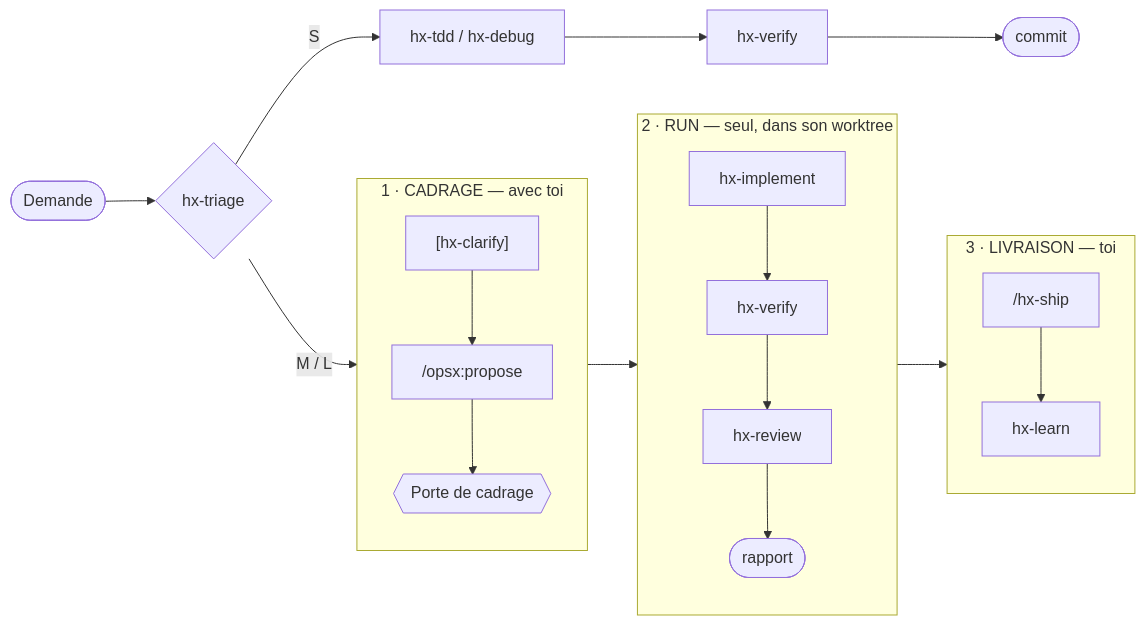
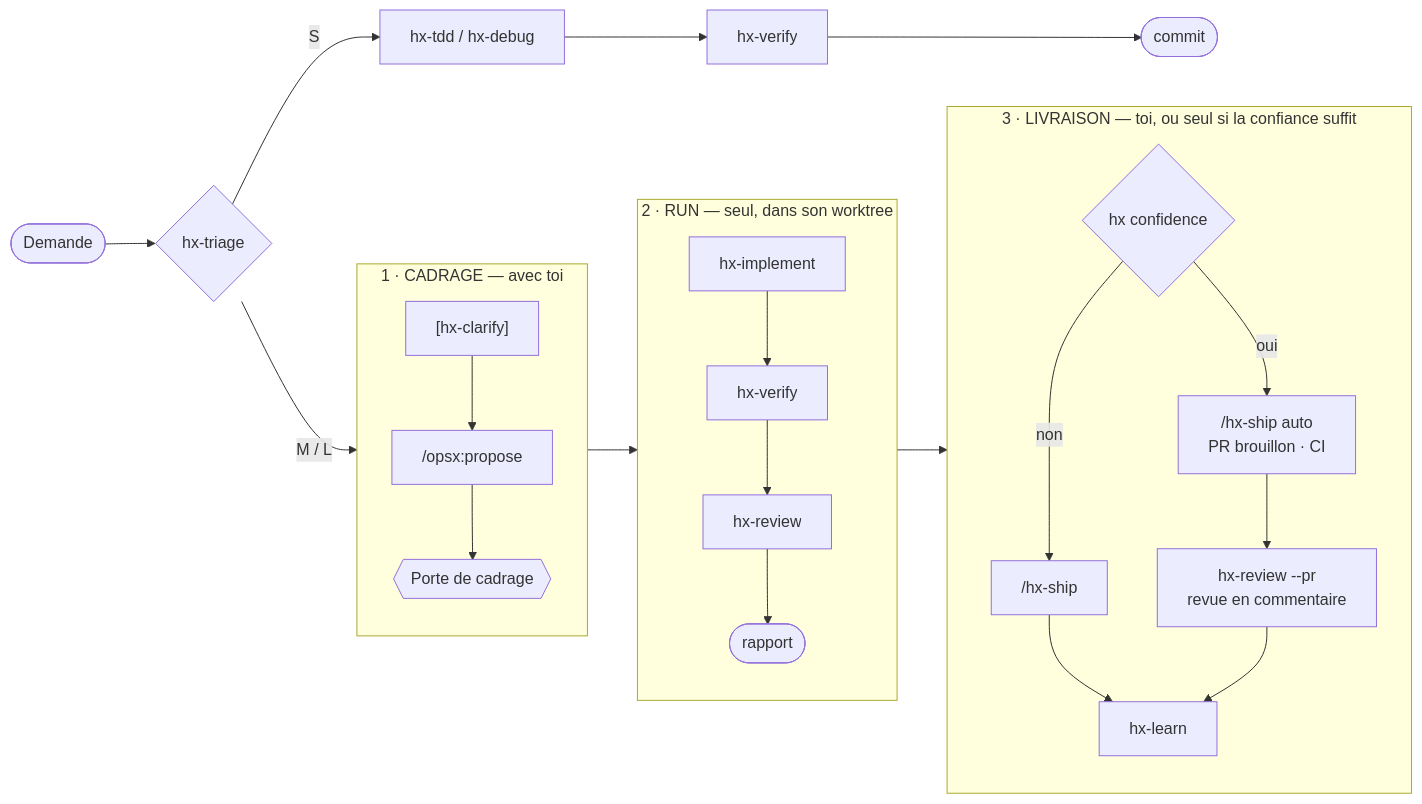
The diagram in README.md (PatayEnCroute/Harness), drawn with Mermaid before and after one commit. The commit also changed other lines of this file and 17 other files, not shown here.

First line of the commit message:
Livraison automatique selon un indice de confiance, revue de PR en commentaire

````diff
--- a/README.md
+++ b/README.md
@@ -72,17 +72,20 @@
 ```mermaid
 flowchart LR
     D([Demande]) --> T{hx-triage}
     T -->|S| S1[hx-tdd / hx-debug] --> S2[hx-verify] --> S3([commit])
     T -->|M / L| C
 
     subgraph C [1 · CADRAGE — avec toi]
       C1["[hx-clarify]"] --> C2["/opsx:propose"] --> C3{{Porte de cadrage}}
     end
     subgraph R [2 · RUN — seul, dans son worktree]
       R1[hx-implement] --> R2[hx-verify] --> R3[hx-review] --> R4([rapport])
     end
-    subgraph L [3 · LIVRAISON — toi]
-      L1["/hx-ship"] --> L2[hx-learn]
+    subgraph L [3 · LIVRAISON — toi, ou seul si la confiance suffit]
+      L0{hx confidence} -->|non| L1["/hx-ship"]
+      L0 -->|oui| LA["/hx-ship auto<br/>PR brouillon · CI"] --> LR["hx-review --pr<br/>revue en commentaire"]
+      L1 --> L2[hx-learn]
+      LR --> L2
     end
     C --> R --> L
 ```
````
